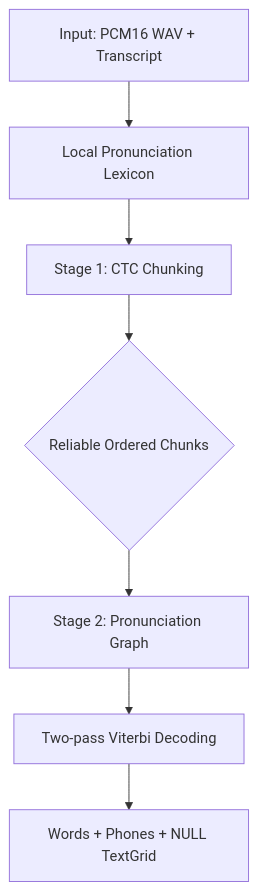
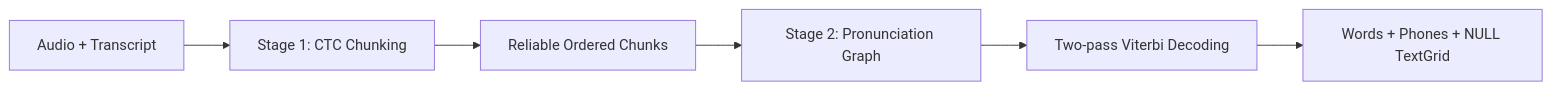
The diagram in README.md (USTCPhonetics/FlexAligner), drawn with Mermaid before and after one commit. The commit also changed other lines of this file, not shown here.

````diff
--- a/README.md
+++ b/README.md
@@ -89,9 +240,8 @@
 ```mermaid
-graph TD
-    Input[Input: PCM16 WAV + Transcript] --> Lexicon[Local Pronunciation Lexicon];
-    Lexicon --> B[Stage 1: CTC Chunking];
-    B --> C{Reliable Ordered Chunks};
-    C --> D[Stage 2: Pronunciation Graph];
-    D --> E[Two-pass Viterbi Decoding];
-    E --> F[Words + Phones + NULL TextGrid];
+graph LR
+    A[Audio + Transcript] --> B[Stage 1: CTC Chunking]
+    B --> C[Reliable Ordered Chunks]
+    C --> D[Stage 2: Pronunciation Graph]
+    D --> E[Two-pass Viterbi Decoding]
+    E --> F[Words + Phones + NULL TextGrid]
 ```
````
